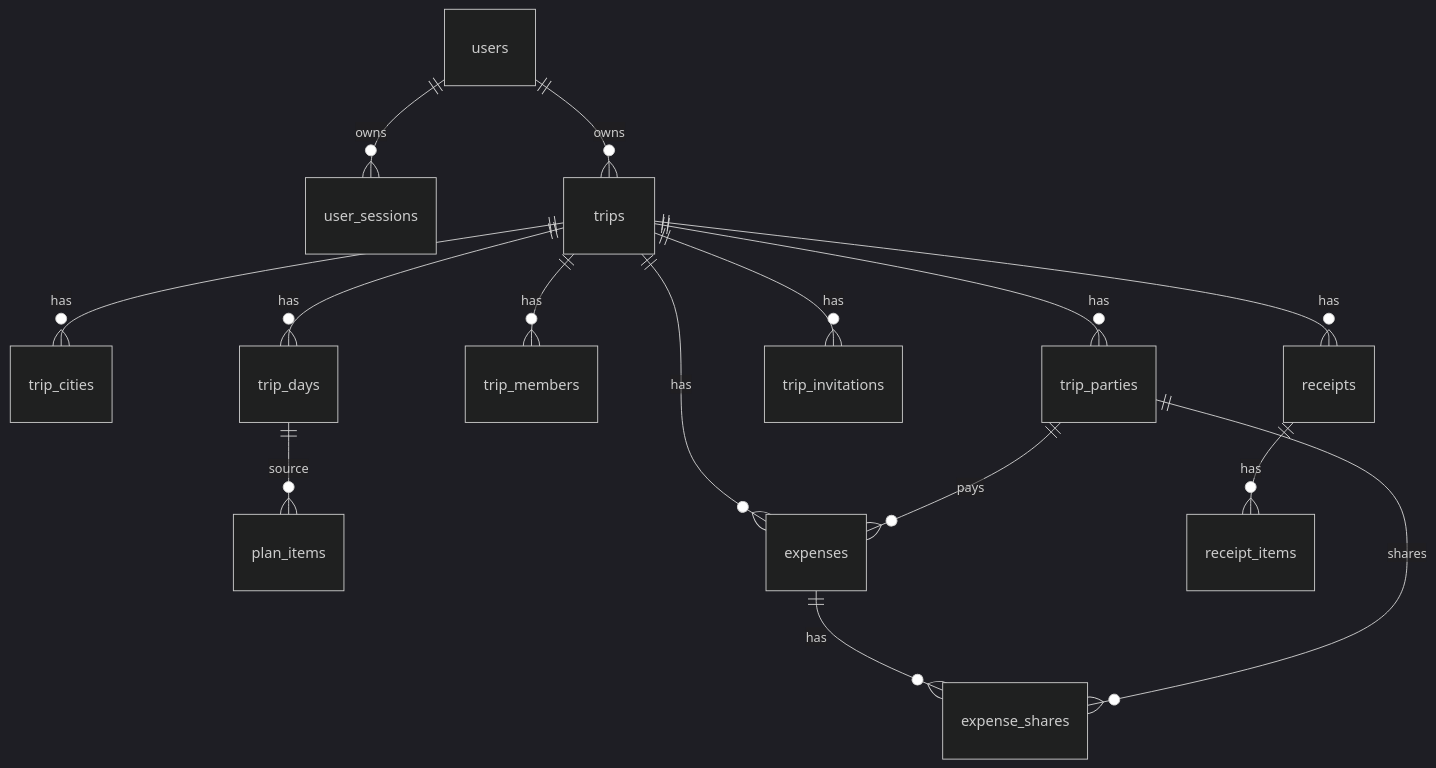
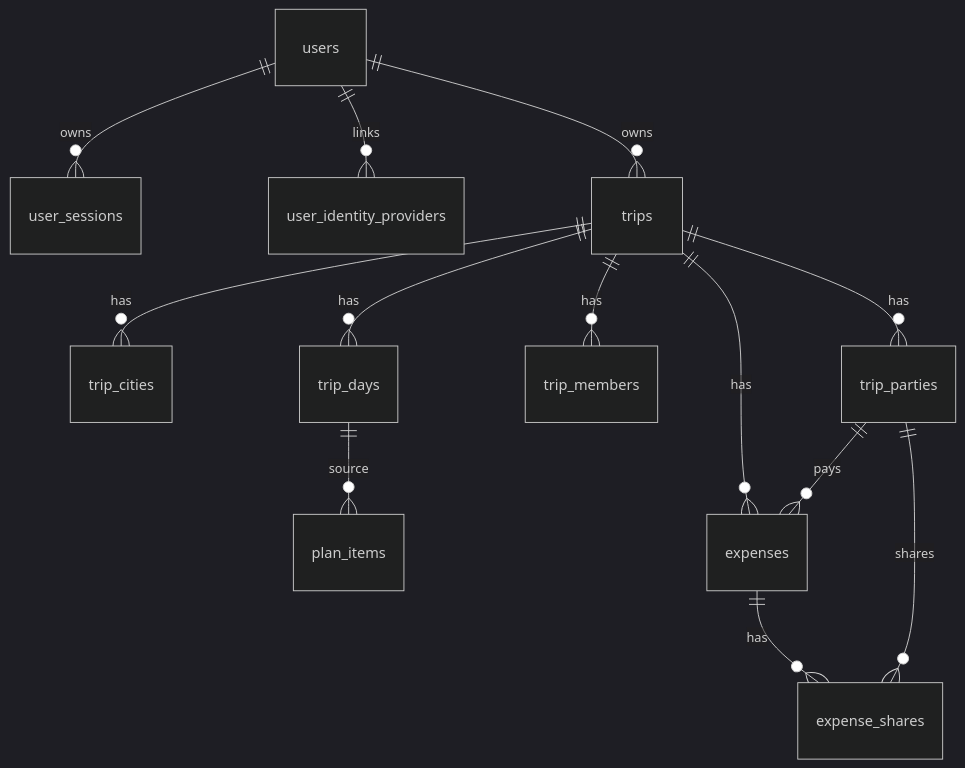
One commit to vshgr/trip changed the diagram in docs/backend/domain-model.md. Above: the diagram before and after it, drawn with Mermaid (dark theme). The commit also changed other lines of this file and 20 other files, not shown here.

````diff
--- a/docs/backend/domain-model.md
+++ b/docs/backend/domain-model.md
@@ -35,17 +47,15 @@
 ```mermaid
 erDiagram
     users ||--o{ user_sessions : owns
+    users ||--o{ user_identity_providers : links
     users ||--o{ trips : owns
     trips ||--o{ trip_cities : has
     trips ||--o{ trip_days : has
     trips ||--o{ trip_members : has
     trips ||--o{ trip_parties : has
-    trips ||--o{ trip_invitations : has
     trip_days ||--o{ plan_items : source
     trips ||--o{ expenses : has
     trip_parties ||--o{ expenses : pays
     expenses ||--o{ expense_shares : has
     trip_parties ||--o{ expense_shares : shares
-    trips ||--o{ receipts : has
-    receipts ||--o{ receipt_items : has
 ```
````
